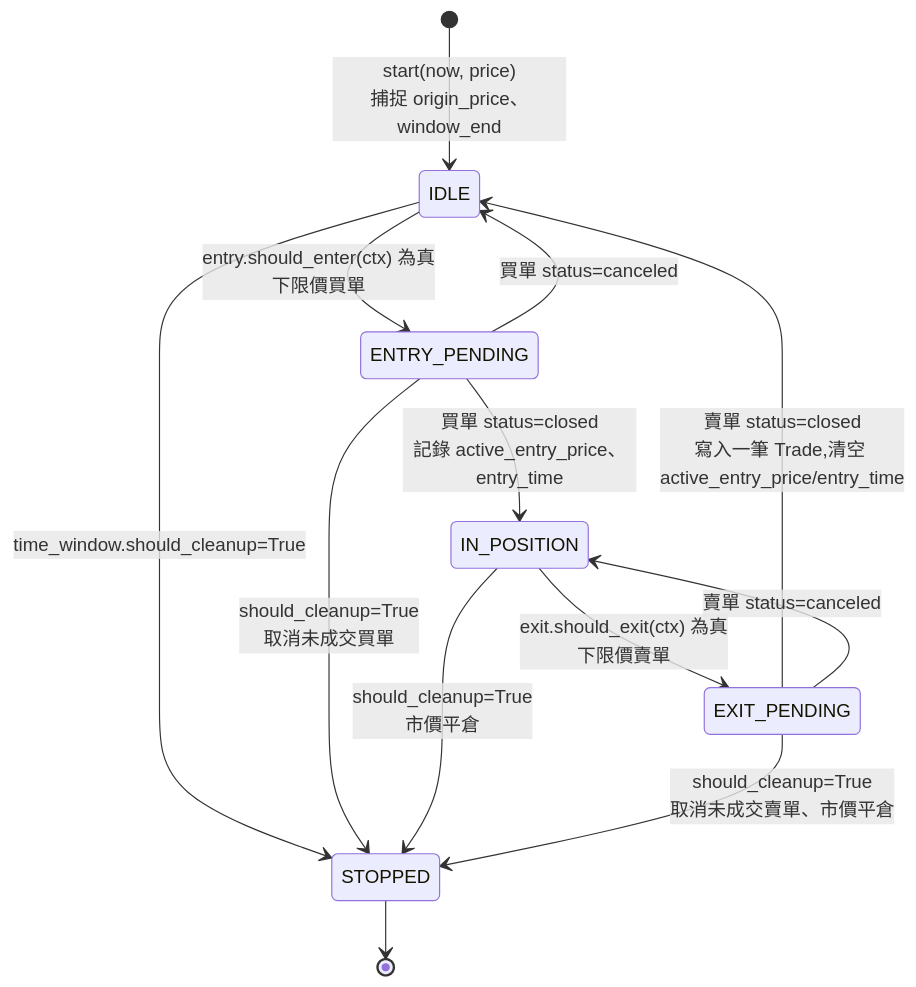
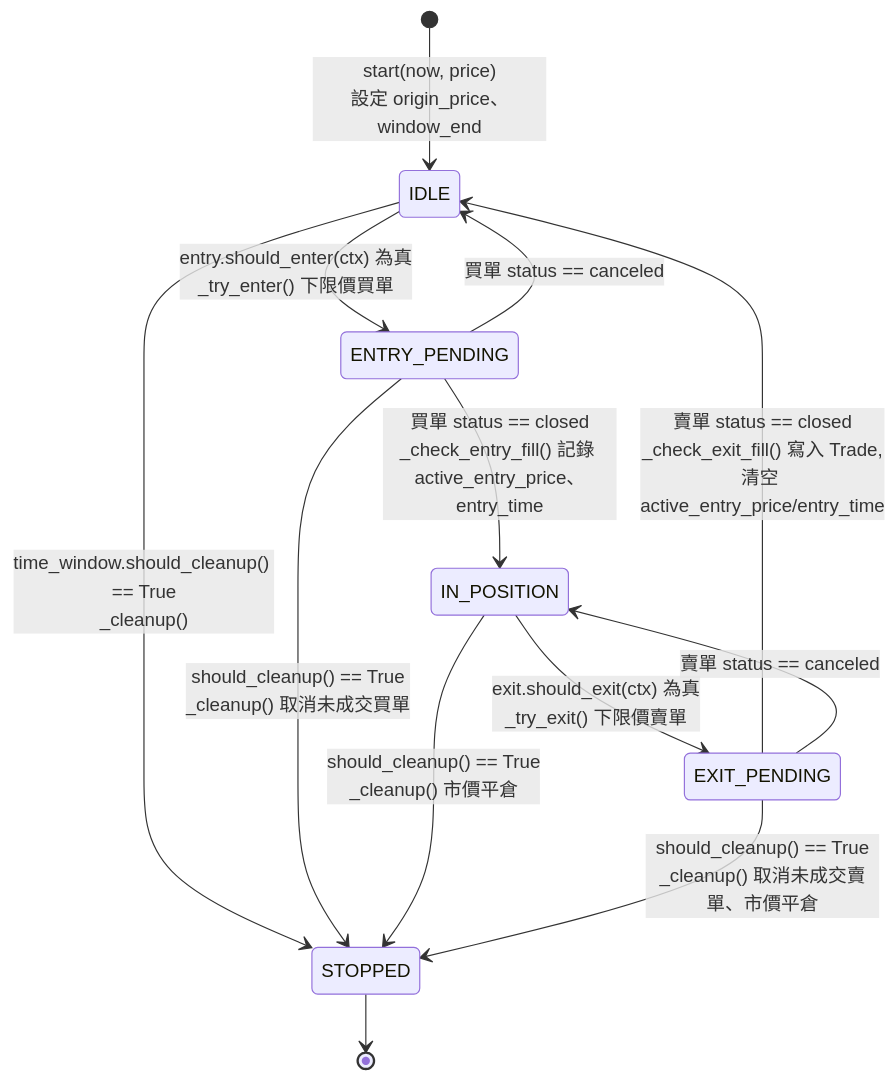
One commit to youcoolFa/strategy_lab changed the second of 2 diagrams in docs/ARCHITECTURE.md. Above: the diagram before and after it, drawn with Mermaid. The commit also changed other lines of this file, not shown here.

Commit message:
docs: rewrite ARCHITECTURE.md to formal spec (flowchart TD, subsectioned limitations, maintenance table)

````diff
--- a/docs/ARCHITECTURE.md
+++ b/docs/ARCHITECTURE.md
@@ -57,19 +75,19 @@
 ```mermaid
 stateDiagram-v2
-    [*] --> IDLE: start(now, price)<br/>捕捉 origin_price、window_end
+    [*] --> IDLE: start(now, price)<br/>設定 origin_price、window_end
 
-    IDLE --> ENTRY_PENDING: entry.should_enter(ctx) 為真<br/>下限價買單
-    ENTRY_PENDING --> IN_POSITION: 買單 status=closed<br/>記錄 active_entry_price、entry_time
-    ENTRY_PENDING --> IDLE: 買單 status=canceled
+    IDLE --> ENTRY_PENDING: entry.should_enter(ctx) 為真<br/>_try_enter() 下限價買單
+    ENTRY_PENDING --> IN_POSITION: 買單 status == closed<br/>_check_entry_fill() 記錄 active_entry_price、entry_time
+    ENTRY_PENDING --> IDLE: 買單 status == canceled
 
-    IN_POSITION --> EXIT_PENDING: exit.should_exit(ctx) 為真<br/>下限價賣單
-    EXIT_PENDING --> IDLE: 賣單 status=closed<br/>寫入一筆 Trade,清空 active_entry_price/entry_time
-    EXIT_PENDING --> IN_POSITION: 賣單 status=canceled
+    IN_POSITION --> EXIT_PENDING: exit.should_exit(ctx) 為真<br/>_try_exit() 下限價賣單
+    EXIT_PENDING --> IDLE: 賣單 status == closed<br/>_check_exit_fill() 寫入 Trade,清空 active_entry_price/entry_time
+    EXIT_PENDING --> IN_POSITION: 賣單 status == canceled
 
-    IDLE --> STOPPED: time_window.should_cleanup=True
-    ENTRY_PENDING --> STOPPED: should_cleanup=True<br/>取消未成交買單
-    IN_POSITION --> STOPPED: should_cleanup=True<br/>市價平倉
-    EXIT_PENDING --> STOPPED: should_cleanup=True<br/>取消未成交賣單、市價平倉
+    IDLE --> STOPPED: time_window.should_cleanup() == True<br/>_cleanup()
+    ENTRY_PENDING --> STOPPED: should_cleanup() == True<br/>_cleanup() 取消未成交買單
+    IN_POSITION --> STOPPED: should_cleanup() == True<br/>_cleanup() 市價平倉
+    EXIT_PENDING --> STOPPED: should_cleanup() == True<br/>_cleanup() 取消未成交賣單、市價平倉
 
     STOPPED --> [*]
 ```
````
